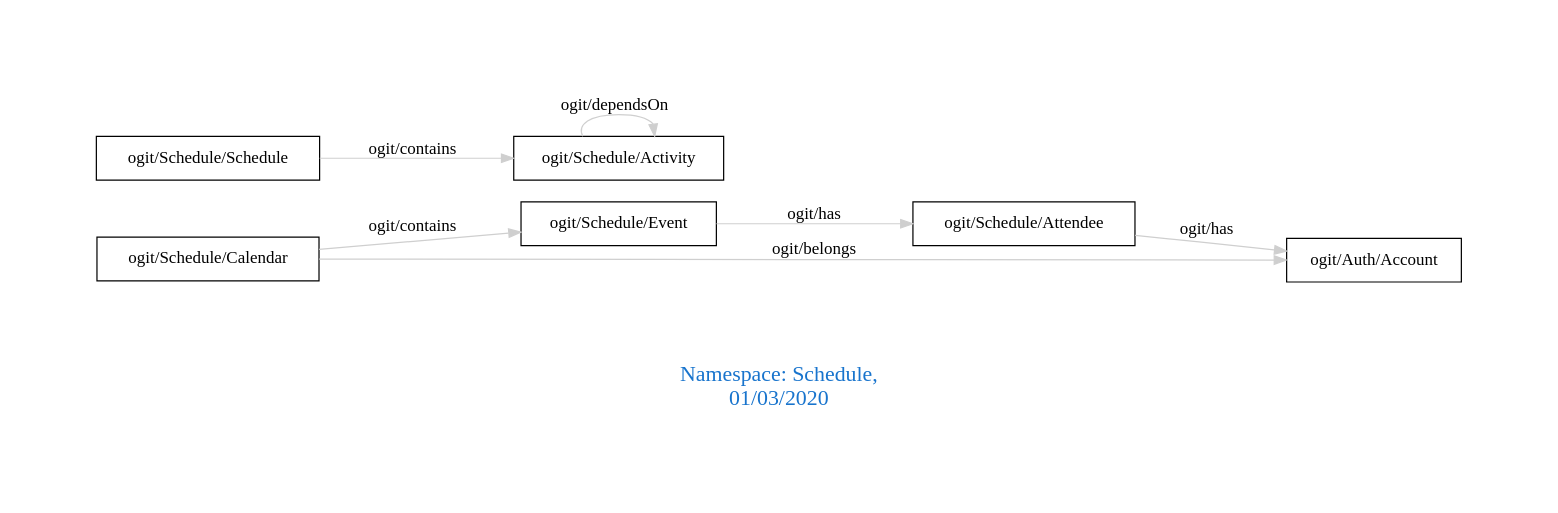
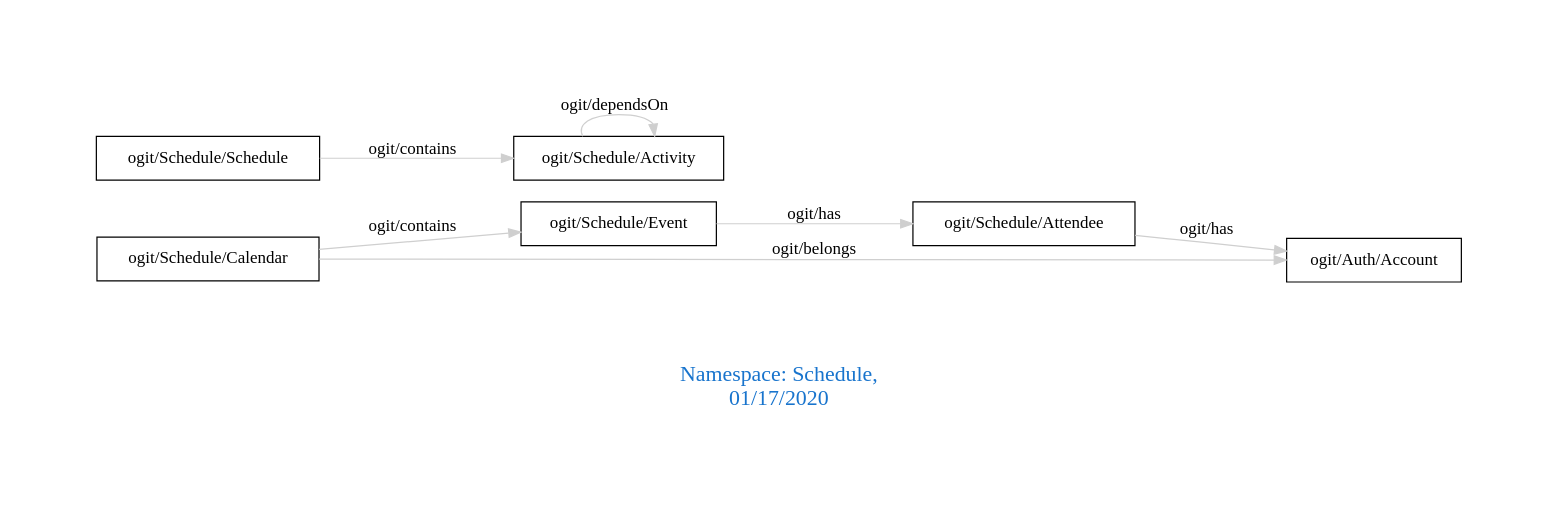
Before and after one commit to arago/OGIT: the diagram in downloads/Schedule.dot, drawn with Graphviz. The commit also changed 1723 other files, not shown here.

```diff
--- a/downloads/Schedule.dot
+++ b/downloads/Schedule.dot
@@ -1,14 +1,14 @@
 digraph OGIT_ontology {
  graph [ rankdir= LR,pad=1 
 fontsize = 18,
-fontcolor= dodgerblue3,label = "\n\n\nNamespace: Schedule, \n 01/03/2020"];
+fontcolor= dodgerblue3,label = "\n\n\nNamespace: Schedule, \n 01/17/2020"];
 node[shape=polygon];
 edge [  color="gray81"];
 
    "ogit/Schedule/Calendar" -> "ogit/Schedule/Event" [label="   ogit/contains    "];
    "ogit/Schedule/Schedule" -> "ogit/Schedule/Activity" [label="   ogit/contains    "];
    "ogit/Schedule/Calendar" -> "ogit/Auth/Account" [label="   ogit/belongs    "];
    "ogit/Schedule/Attendee" -> "ogit/Auth/Account" [label="   ogit/has    "];
    "ogit/Schedule/Event" -> "ogit/Schedule/Attendee" [label="   ogit/has    "];
    "ogit/Schedule/Activity" -> "ogit/Schedule/Activity" [label="   ogit/dependsOn    "];
 }
```
